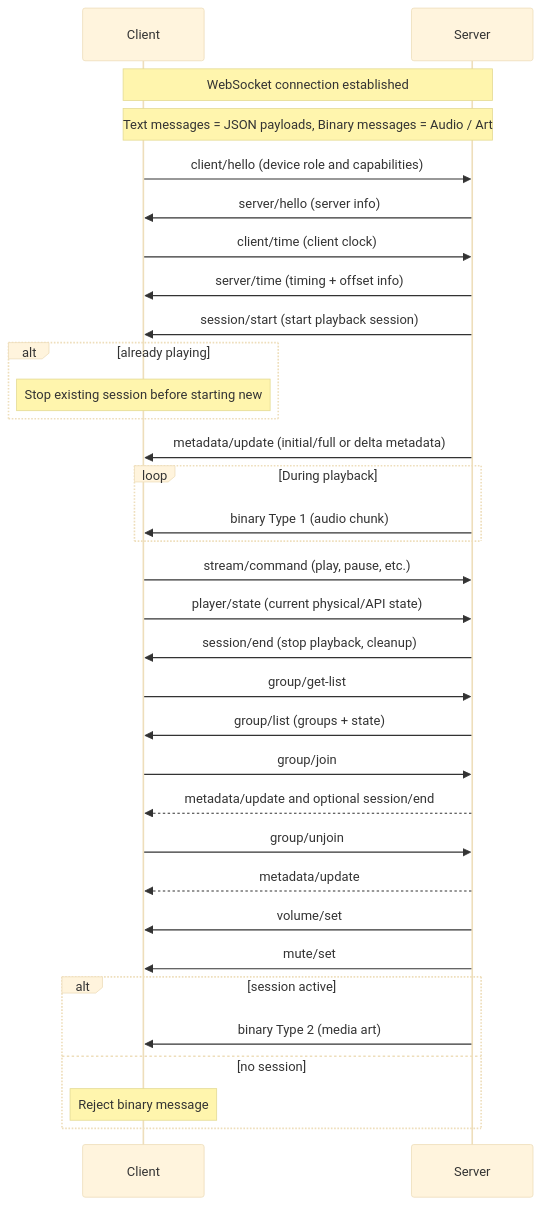
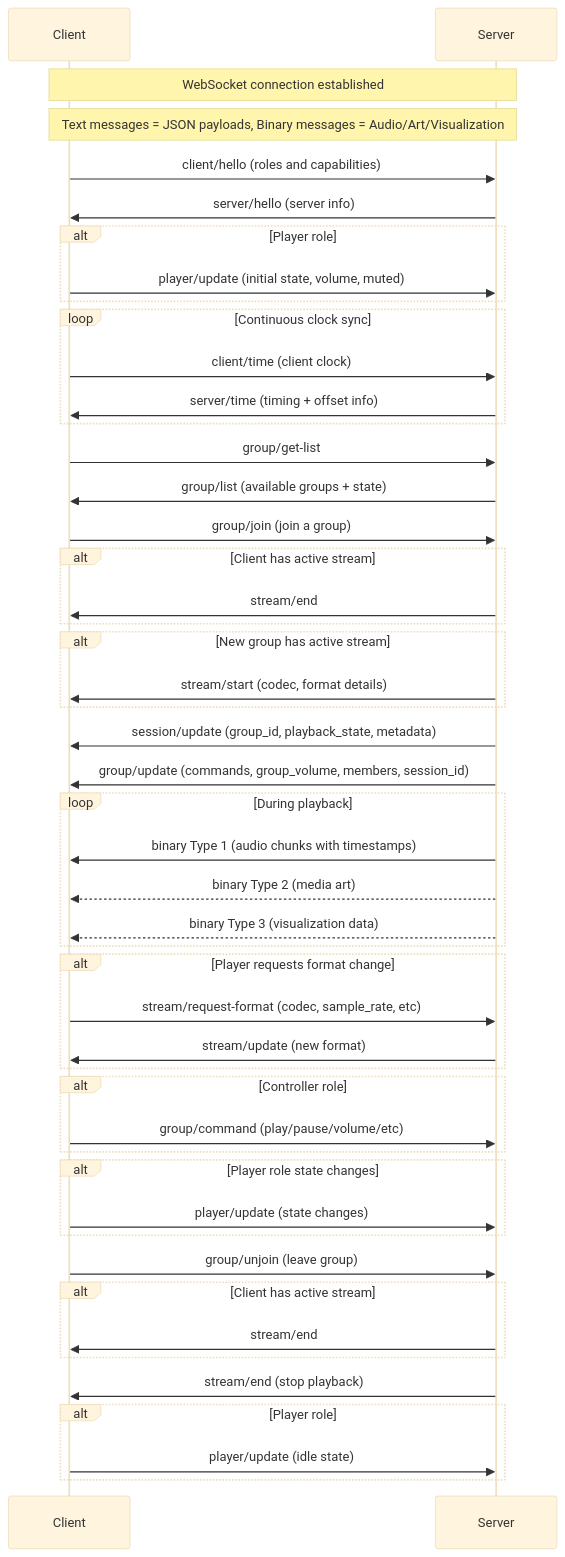
One commit to Resonate-Protocol/spec changed the diagram in README.md. Above: the diagram before and after it, drawn with Mermaid (base theme). The commit also changed other lines of this file, not shown here.

````diff
--- a/README.md
+++ b/README.md
@@ -37,48 +60,64 @@
 ```mermaid
 sequenceDiagram
     participant Client
     participant Server
 
     Note over Client,Server: WebSocket connection established
 
-    Note over Client,Server: Text messages = JSON payloads, Binary messages = Audio / Art
+    Note over Client,Server: Text messages = JSON payloads, Binary messages = Audio/Art/Visualization
 
-    Client->>Server: client/hello (device role and capabilities)
+    Client->>Server: client/hello (roles and capabilities)
     Server->>Client: server/hello (server info)
 
-    Client->>Server: client/time (client clock)
-    Server->>Client: server/time (timing + offset info)
-
-    Server->>Client: session/start (start playback session)
-    alt already playing
-        Note over Client: Stop existing session before starting new
+    alt Player role
+        Client->>Server: player/update (initial state, volume, muted)
     end
 
-    Server->>Client: metadata/update (initial/full or delta metadata)
-    loop During playback
-        Server->>Client: binary Type 1 (audio chunk)
+    loop Continuous clock sync
+        Client->>Server: client/time (client clock)
+        Server->>Client: server/time (timing + offset info)
     end
 
-    Client->>Server: stream/command (play, pause, etc.)
-    Client->>Server: player/state (current physical/API state)
+    Client->>Server: group/get-list
+    Server->>Client: group/list (available groups + state)
 
-    Server->>Client: session/end (stop playback, cleanup)
+    Client->>Server: group/join (join a group)
+    alt Client has active stream
+        Server->>Client: stream/end
+    end
+    alt New group has active stream
+        Server->>Client: stream/start (codec, format details)
+    end
 
-    Client->>Server: group/get-list
-    Server->>Client: group/list (groups + state)
+    Server->>Client: session/update (group_id, playback_state, metadata)
+    Server->>Client: group/update (commands, group_volume, members, session_id)
 
-    Client->>Server: group/join
-    Server-->>Client: metadata/update and optional session/end
+    loop During playback
+        Server->>Client: binary Type 1 (audio chunks with timestamps)
+        Server-->>Client: binary Type 2 (media art)
+        Server-->>Client: binary Type 3 (visualization data)
+    end
 
-    Client->>Server: group/unjoin
-    Server-->>Client: metadata/update
+    alt Player requests format change
+        Client->>Server: stream/request-format (codec, sample_rate, etc)
+        Server->>Client: stream/update (new format)
+    end
 
-    Server->>Client: volume/set
-    Server->>Client: mute/set
+    alt Controller role
+        Client->>Server: group/command (play/pause/volume/etc)
+    end
 
-    alt session active
-        Server->>Client: binary Type 2 (media art)
-    else no session
-        Note over Client: Reject binary message
+    alt Player role state changes
+        Client->>Server: player/update (state changes)
+    end
+
+    Client->>Server: group/unjoin (leave group)
+    alt Client has active stream
+        Server->>Client: stream/end
+    end
+
+    Server->>Client: stream/end (stop playback)
+    alt Player role
+        Client->>Server: player/update (idle state)
     end
 ```
````
